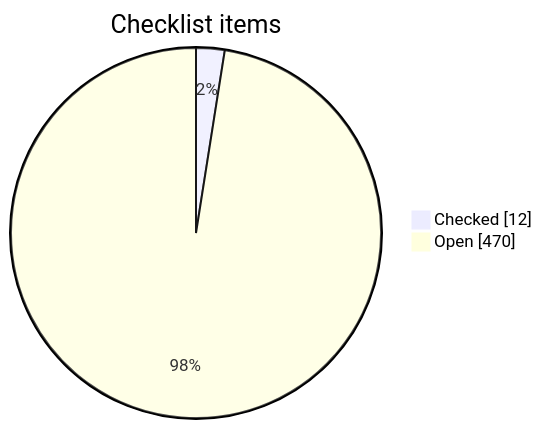
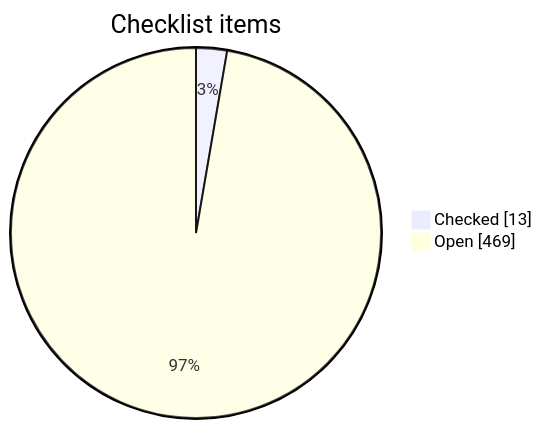
The first of 3 diagrams in learning_plan/PROGRESS.md (konradporeba/agents_learning), drawn with Mermaid before and after one commit. The commit also changed other lines of this file and 5 other files, not shown here.

````diff
--- a/learning_plan/PROGRESS.md
+++ b/learning_plan/PROGRESS.md
@@ -9,6 +9,6 @@
 ```mermaid
 pie showData
     title Checklist items
-    "Checked" : 12
-    "Open" : 470
+    "Checked" : 13
+    "Open" : 469
 ```
````
